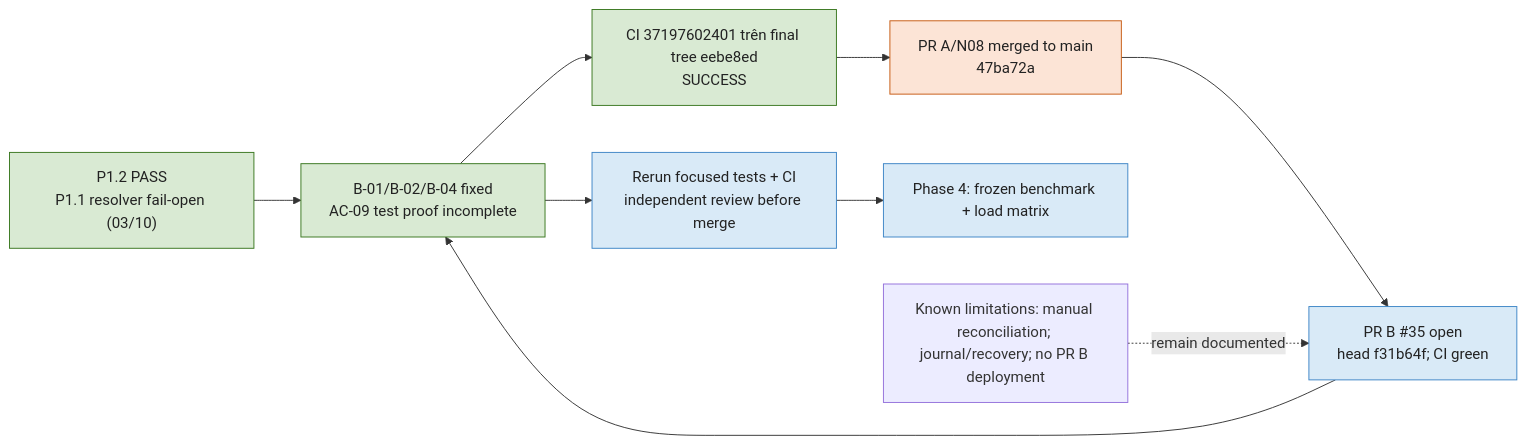
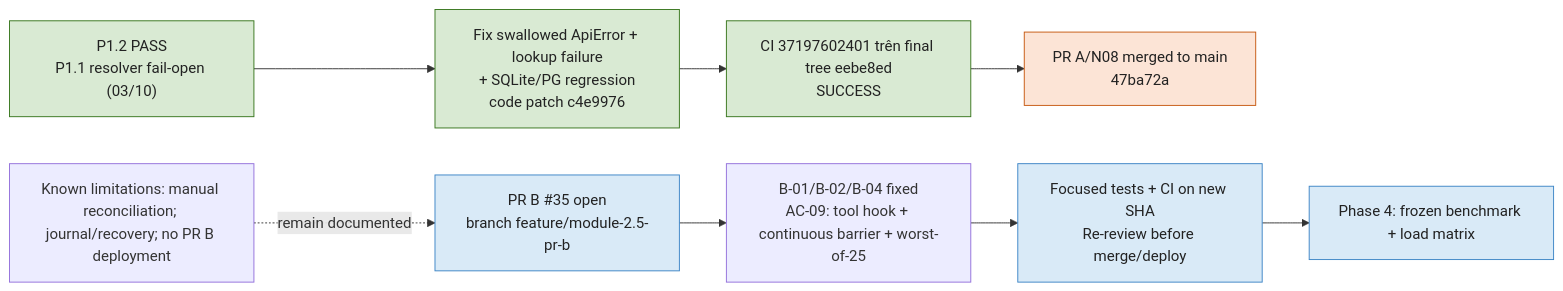
The first of 2 diagrams in docs/PLAN_EXECUTION_HANDOFF_GPT6_ASTRA.md (tuteemovaixlong/CSKH_ban_le), drawn with Mermaid before and after one commit. The commit also changed other lines of this file and 7 other files, not shown here.

Commit message:
test(headroom): assert BoundTools tool call, enforce continuous saturation, and sync worst-of-25 claims

````diff
--- a/docs/PLAN_EXECUTION_HANDOFF_GPT6_ASTRA.md
+++ b/docs/PLAN_EXECUTION_HANDOFF_GPT6_ASTRA.md
@@ -232,18 +232,18 @@
 ```mermaid
 flowchart LR
     N08["P1.2 PASS<br/>P1.1 resolver fail-open (03/10)"] --> Fix["Fix swallowed ApiError + lookup failure<br/>+ SQLite/PG regression<br/>code patch c4e9976"]
     Fix --> SHA["CI 37197602401 trên final tree eebe8ed<br/>SUCCESS"]
     SHA --> Merge["PR A/N08 merged to main<br/>47ba72a"]
 
-    Merge --> PRB["PR B #35 open<br/>head f31b64f; CI green"]
-    PRB --> Fix["B-01/B-02/B-04 fixed<br/>AC-09 test proof incomplete"]
-    Fix --> Verify["Rerun focused tests + CI<br/>independent review before merge"]
+    PRB["PR B #35 open<br/>branch feature/module-2.5-pr-b"]
+    PRB --> Fix2["B-01/B-02/B-04 fixed<br/>AC-09: tool hook + continuous barrier + worst-of-25"]
+    Fix2 --> Verify["Focused tests + CI on new SHA<br/>Re-review before merge/deploy"]
     Verify --> Phase4["Phase 4: frozen benchmark + load matrix"]
     Limit["Known limitations: manual reconciliation; journal/recovery; no PR B deployment"] -. "remain documented" .-> PRB
     classDef done fill:#d9ead3,stroke:#38761d,color:#222
     classDef pending fill:#fce4d6,stroke:#c65911,color:#222
     classDef next fill:#d9eaf7,stroke:#3d85c6,color:#222
     class N08,Fix,SHA done
     class Review,Merge pending
     class PRB,Verify,Phase4 next
 ```
````
